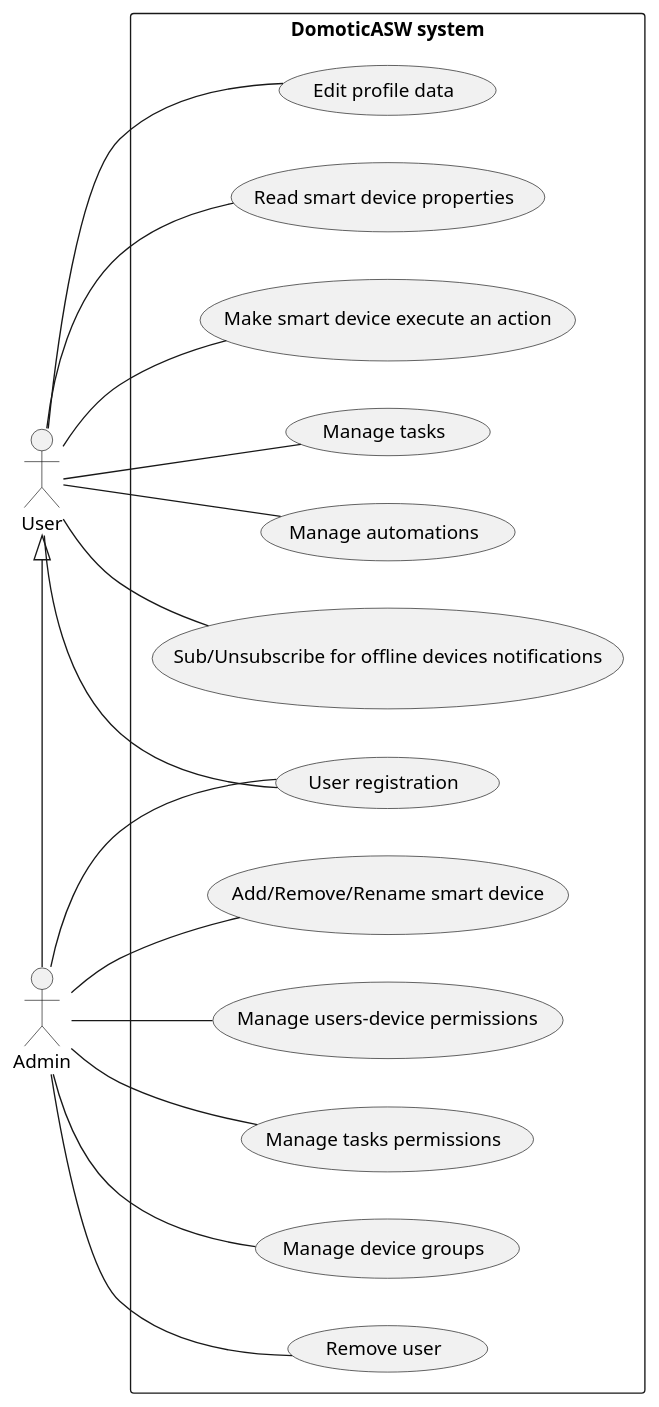
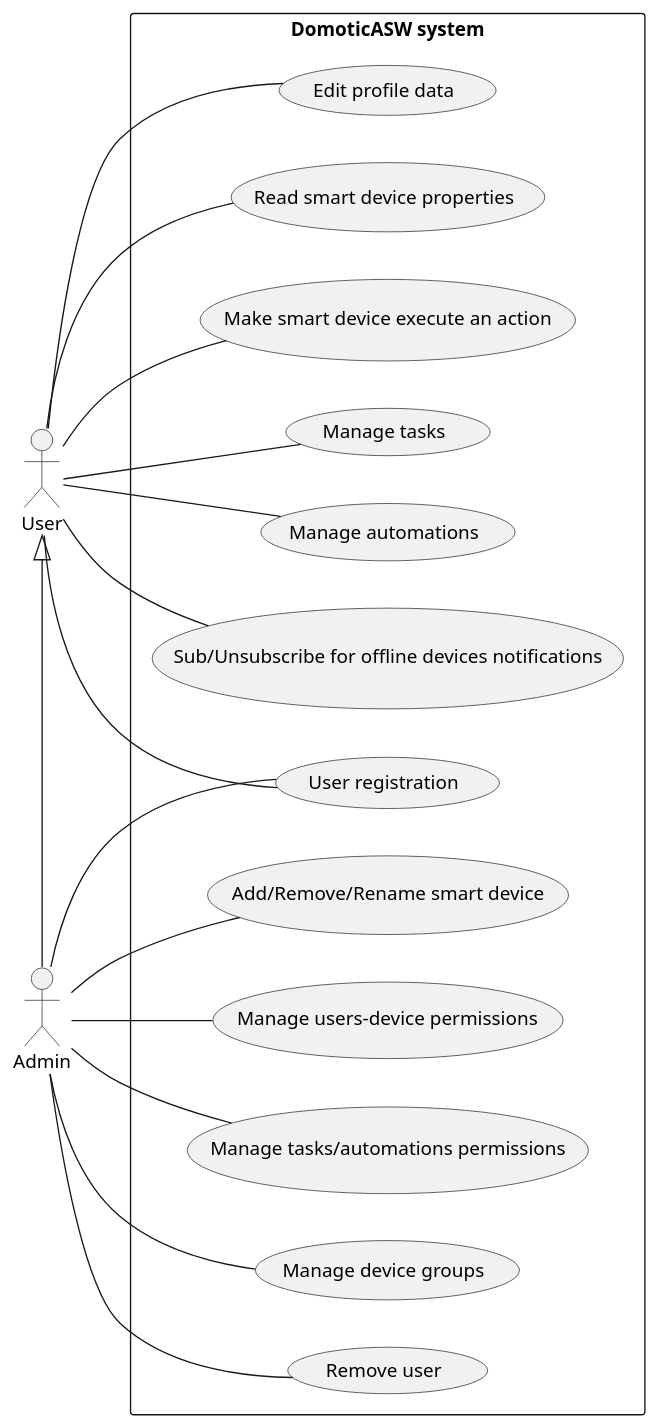
One commit to DomoticASW/.github changed the diagram in diagrams/src/use-case.puml. Above: the diagram before and after it, drawn with PlantUML. The commit also changed 2 other files, not shown here.

```diff
--- a/diagrams/src/use-case.puml
+++ b/diagrams/src/use-case.puml
@@ -1,27 +1,27 @@
 @startuml use-case
 
 left to right direction
 
 actor User
 actor Admin
 
 Admin -l-|> User
 
 rectangle "DomoticASW system" {
     Admin -- (Add/Remove/Rename smart device)
     Admin -- (Manage users-device permissions)
-    Admin -- (Manage tasks permissions)
+    Admin -- (Manage tasks/automations permissions)
     usecase "User registration" as (registration)
     Admin -- (registration)
     User -- (registration)
     Admin -- (Remove user)
     Admin -- (Manage device groups)
     User -- (Edit profile data)
     User -- (Read smart device properties)
     User -- (Make smart device execute an action)
     User -- (Manage tasks)
     User -- (Manage automations)
     User -- (Sub/Unsubscribe for offline devices notifications)
 }
 
 @enduml
```
